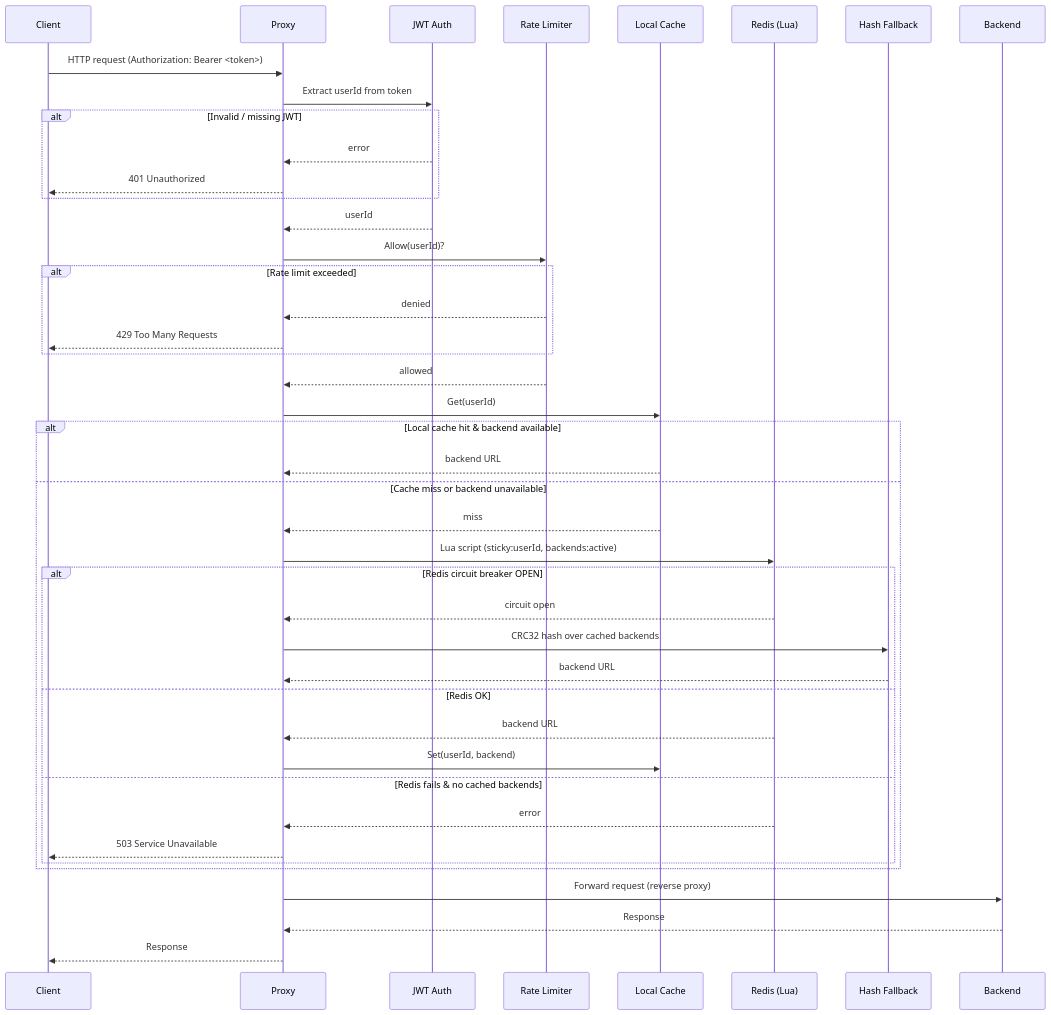
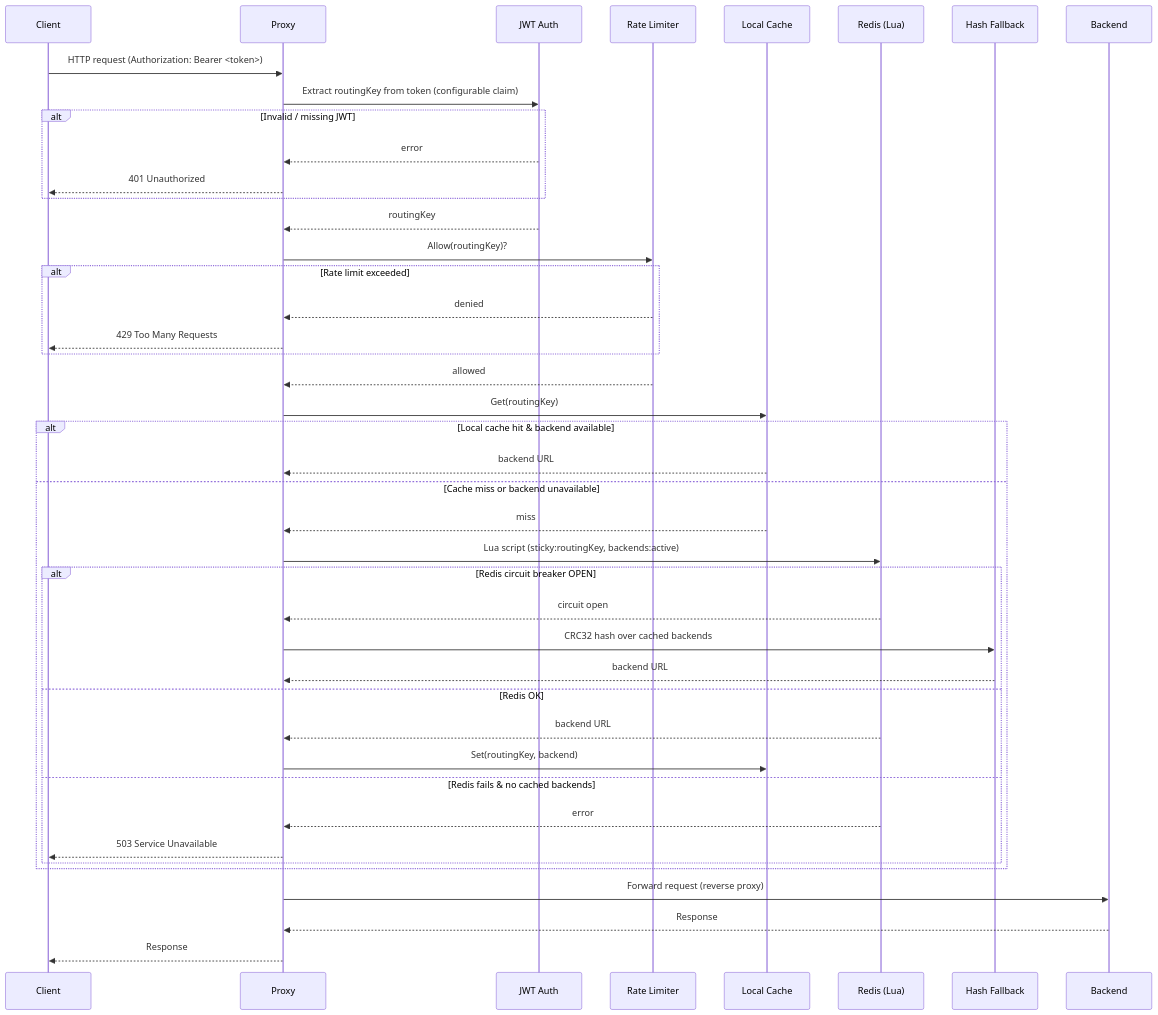
One commit to awesome-net-dev/sticky-proxy changed the third of 10 diagrams in README.md. Above: the diagram before and after it, drawn with Mermaid. The commit also changed other lines of this file, not shown here.

````diff
--- a/README.md
+++ b/README.md
@@ -85,49 +102,49 @@
 ```mermaid
 sequenceDiagram
     participant C as Client
     participant P as Proxy
     participant JWT as JWT Auth
     participant RL as Rate Limiter
     participant LC as Local Cache
     participant R as Redis (Lua)
     participant HF as Hash Fallback
     participant B as Backend
 
     C->>P: HTTP request (Authorization: Bearer <token>)
-    P->>JWT: Extract userId from token
+    P->>JWT: Extract routingKey from token (configurable claim)
     alt Invalid / missing JWT
         JWT-->>P: error
         P-->>C: 401 Unauthorized
     end
-    JWT-->>P: userId
+    JWT-->>P: routingKey
 
-    P->>RL: Allow(userId)?
+    P->>RL: Allow(routingKey)?
     alt Rate limit exceeded
         RL-->>P: denied
         P-->>C: 429 Too Many Requests
     end
     RL-->>P: allowed
 
-    P->>LC: Get(userId)
+    P->>LC: Get(routingKey)
     alt Local cache hit & backend available
         LC-->>P: backend URL
     else Cache miss or backend unavailable
         LC-->>P: miss
-        P->>R: Lua script (sticky:userId, backends:active)
+        P->>R: Lua script (sticky:routingKey, backends:active)
         alt Redis circuit breaker OPEN
             R-->>P: circuit open
             P->>HF: CRC32 hash over cached backends
             HF-->>P: backend URL
         else Redis OK
             R-->>P: backend URL
-            P->>LC: Set(userId, backend)
+            P->>LC: Set(routingKey, backend)
         else Redis fails & no cached backends
             R-->>P: error
             P-->>C: 503 Service Unavailable
         end
     end
 
     P->>B: Forward request (reverse proxy)
     B-->>P: Response
     P-->>C: Response
 ```
````
